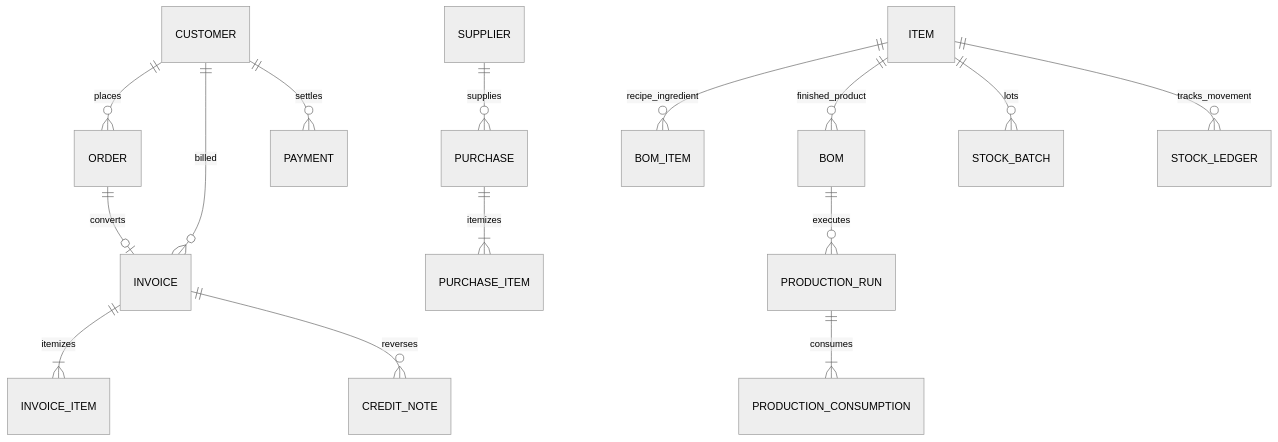
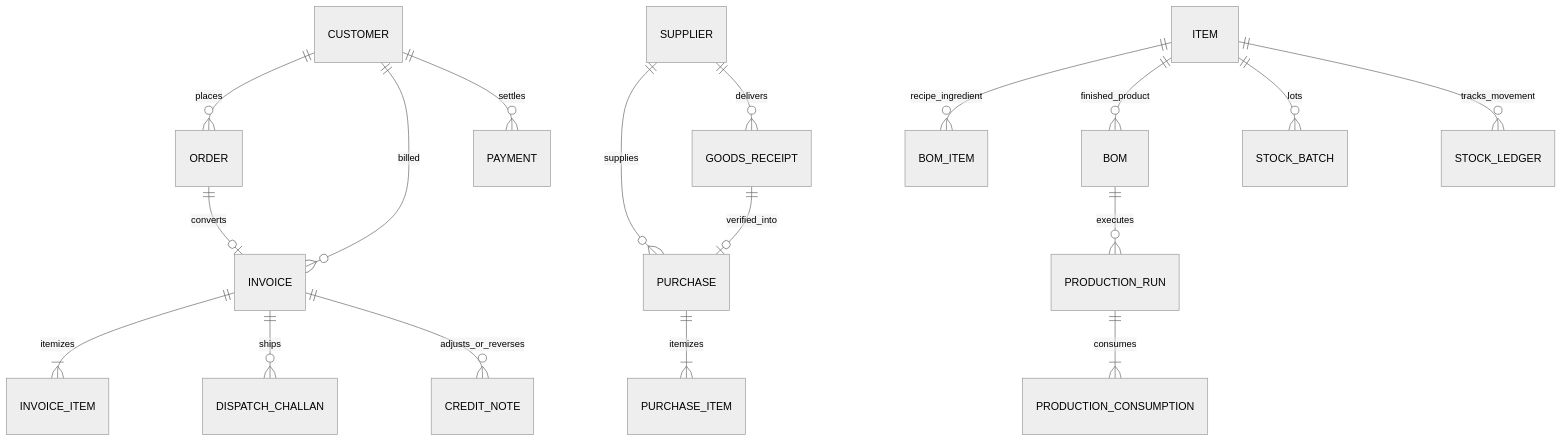
The diagram in docs/DESIGN_NOTE.md (RohithRV2006/Nittin), drawn with Mermaid (neutral theme) before and after one commit. The commit also changed other lines of this file and 48 other files, not shown here.

````diff
--- a/docs/DESIGN_NOTE.md
+++ b/docs/DESIGN_NOTE.md
@@ -13,17 +13,20 @@
 ```mermaid
 erDiagram
     CUSTOMER ||--o{ ORDER : places
     CUSTOMER ||--o{ INVOICE : billed
     CUSTOMER ||--o{ PAYMENT : settles
     SUPPLIER ||--o{ PURCHASE : supplies
+    SUPPLIER ||--o{ GOODS_RECEIPT : delivers
+    GOODS_RECEIPT ||--o| PURCHASE : verified_into
     PURCHASE ||--|{ PURCHASE_ITEM : itemizes
     ORDER ||--o| INVOICE : converts
     INVOICE ||--|{ INVOICE_ITEM : itemizes
-    INVOICE ||--o{ CREDIT_NOTE : reverses
+    INVOICE ||--o{ DISPATCH_CHALLAN : ships
+    INVOICE ||--o{ CREDIT_NOTE : adjusts_or_reverses
     ITEM ||--o{ BOM_ITEM : recipe_ingredient
     ITEM ||--o{ BOM : finished_product
     BOM ||--o{ PRODUCTION_RUN : executes
     PRODUCTION_RUN ||--|{ PRODUCTION_CONSUMPTION : consumes
     ITEM ||--o{ STOCK_BATCH : lots
     ITEM ||--o{ STOCK_LEDGER : tracks_movement
 ```
````
